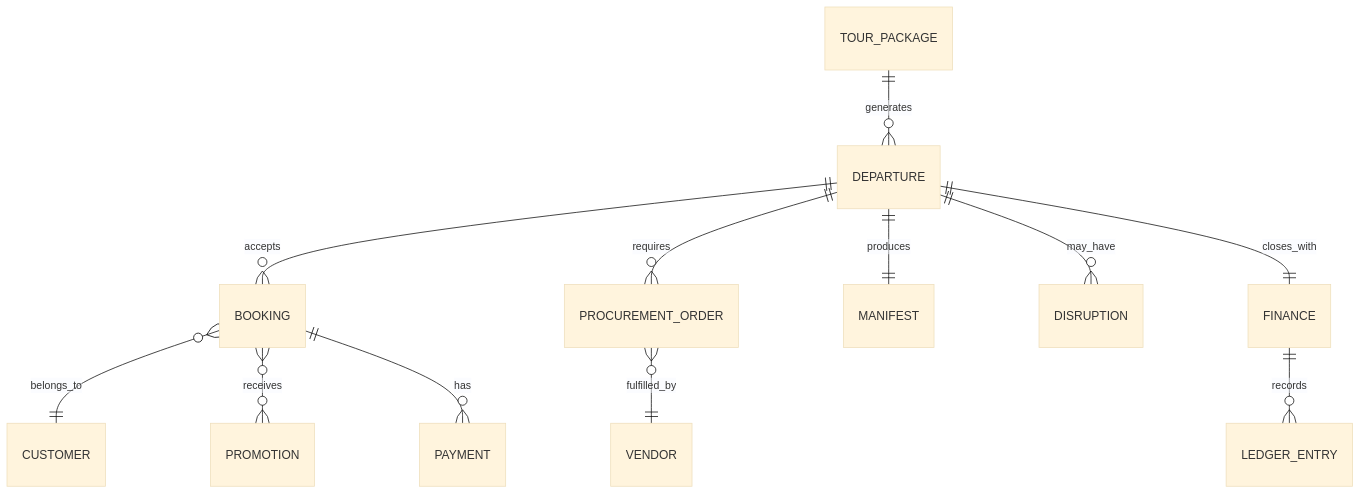
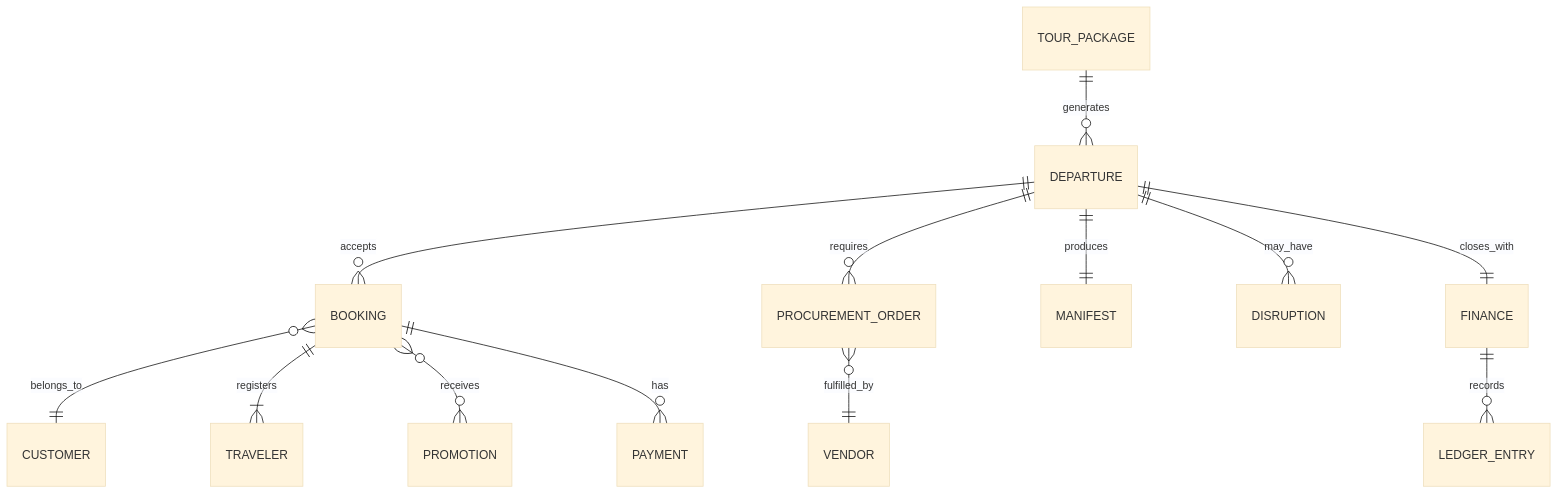
One commit to mfauzanfikri/tms-docs changed the second of 3 diagrams in technical/00_DOMAIN_MODEL.md. Above: the diagram before and after it, drawn with Mermaid (base theme). The commit also changed other lines of this file and 8 other files, not shown here.

````diff
--- a/technical/00_DOMAIN_MODEL.md
+++ b/technical/00_DOMAIN_MODEL.md
@@ -156,14 +156,15 @@
 ```mermaid
 erDiagram
     TOUR_PACKAGE ||--o{ DEPARTURE : generates
     DEPARTURE ||--o{ BOOKING : accepts
     BOOKING }o--|| CUSTOMER : belongs_to
+    BOOKING ||--|{ TRAVELER : registers
     BOOKING }o--o{ PROMOTION : receives
     BOOKING ||--o{ PAYMENT : has
     DEPARTURE ||--o{ PROCUREMENT_ORDER : requires
     DEPARTURE ||--|| MANIFEST : produces
     DEPARTURE ||--o{ DISRUPTION : may_have
     DEPARTURE ||--|| FINANCE : closes_with
     FINANCE ||--o{ LEDGER_ENTRY : records
     PROCUREMENT_ORDER }o--|| VENDOR : fulfilled_by
 ```
````
